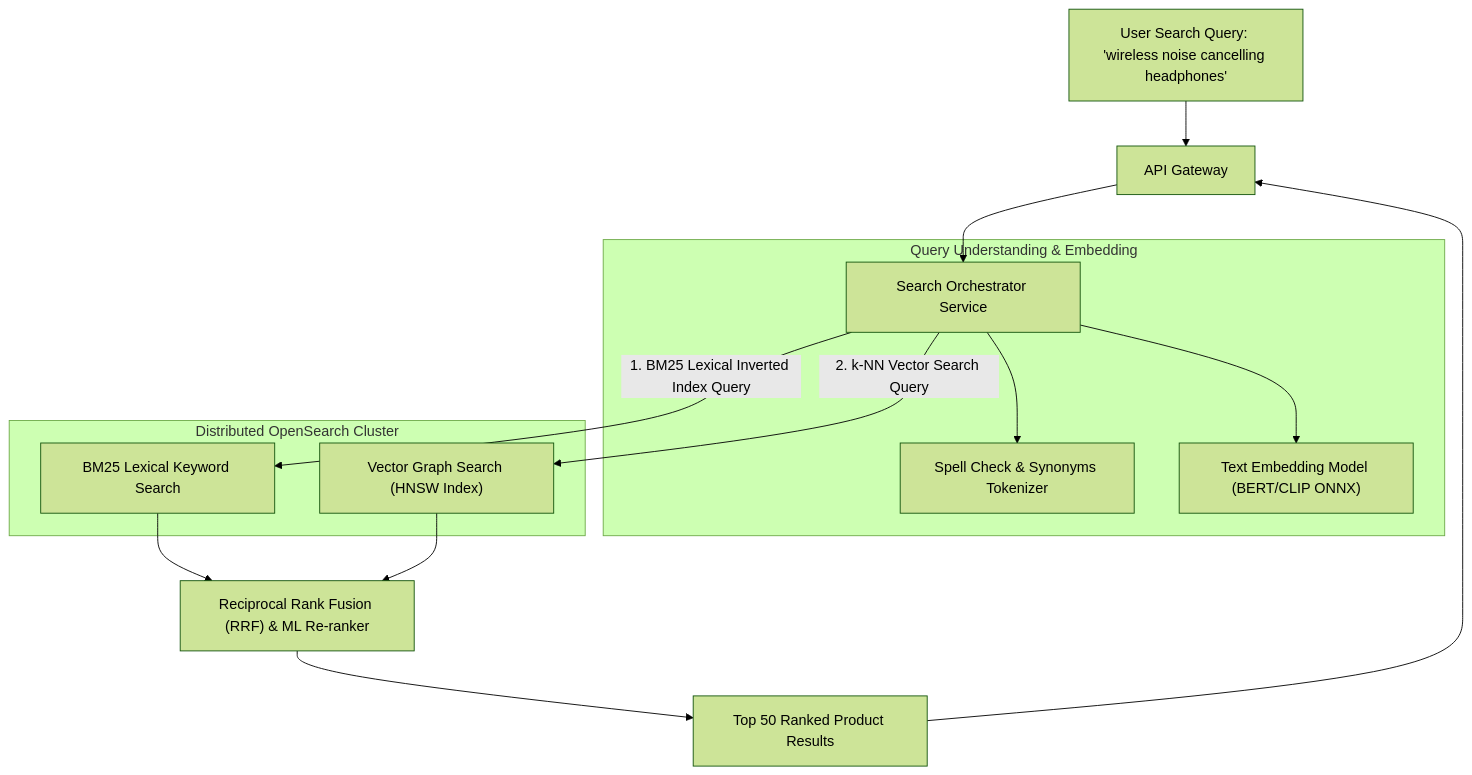
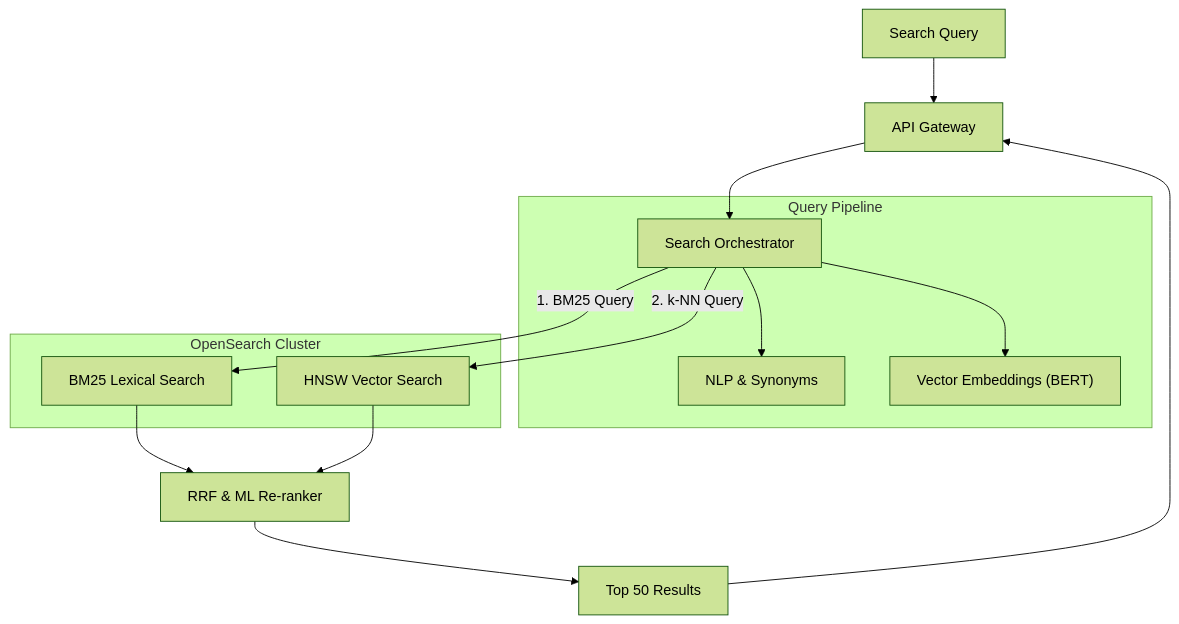
The diagram in strivers-hld/19-Interview-Problems-Staff-Scope/04-Build-vs-Buy-Enterprise-Search-Infrastructure/README.md (Sourav108/strivers-lld), drawn with Mermaid (forest theme) before and after one commit. The commit also changed 39 other files, not shown here.

Commit message:
fix(mermaid): wrap node labels, simplify diamonds, and reformat wide diagrams for perfect GitHub rendering

````diff
--- a/strivers-hld/19-Interview-Problems-Staff-Scope/04-Build-vs-Buy-Enterprise-Search-Infrastructure/README.md
+++ b/strivers-hld/19-Interview-Problems-Staff-Scope/04-Build-vs-Buy-Enterprise-Search-Infrastructure/README.md
@@ -5,19 +5,19 @@
 ```mermaid
 flowchart TD
-    UserQuery["User Search Query: 'wireless noise cancelling headphones'"] --> Gateway["API Gateway"]
-    Gateway --> SearchService["Search Orchestrator Service"]
+    UserQuery["Search Query"] --> Gateway["API Gateway"]
+    Gateway --> SearchService["Search Orchestrator"]
 
-    subgraph QueryProcessing["Query Understanding & Embedding"]
-        SearchService --> NLPParser["Spell Check & Synonyms Tokenizer"]
-        SearchService --> EmbeddingModel["Text Embedding Model (BERT/CLIP ONNX)"]
+    subgraph QueryProcessing["Query Pipeline"]
+        SearchService --> NLPParser["NLP & Synonyms"]
+        SearchService --> EmbeddingModel["Vector Embeddings (BERT)"]
     end
 
-    subgraph SearchTier["Distributed OpenSearch Cluster"]
-        SearchService -->|1. BM25 Lexical Inverted Index Query| LexicalSearch["BM25 Lexical Keyword Search"]
-        SearchService -->|2. k-NN Vector Search Query| VectorSearch["Vector Graph Search (HNSW Index)"]
+    subgraph SearchTier["OpenSearch Cluster"]
+        SearchService -->|1. BM25 Query| LexicalSearch["BM25 Lexical Search"]
+        SearchService -->|2. k-NN Query| VectorSearch["HNSW Vector Search"]
     end
 
-    LexicalSearch & VectorSearch --> HybridRanker["Reciprocal Rank Fusion (RRF) & ML Re-ranker"]
-    HybridRanker --> TopResults["Top 50 Ranked Product Results"]
+    LexicalSearch & VectorSearch --> HybridRanker["RRF & ML Re-ranker"]
+    HybridRanker --> TopResults["Top 50 Results"]
     TopResults --> Gateway
 ```
````
